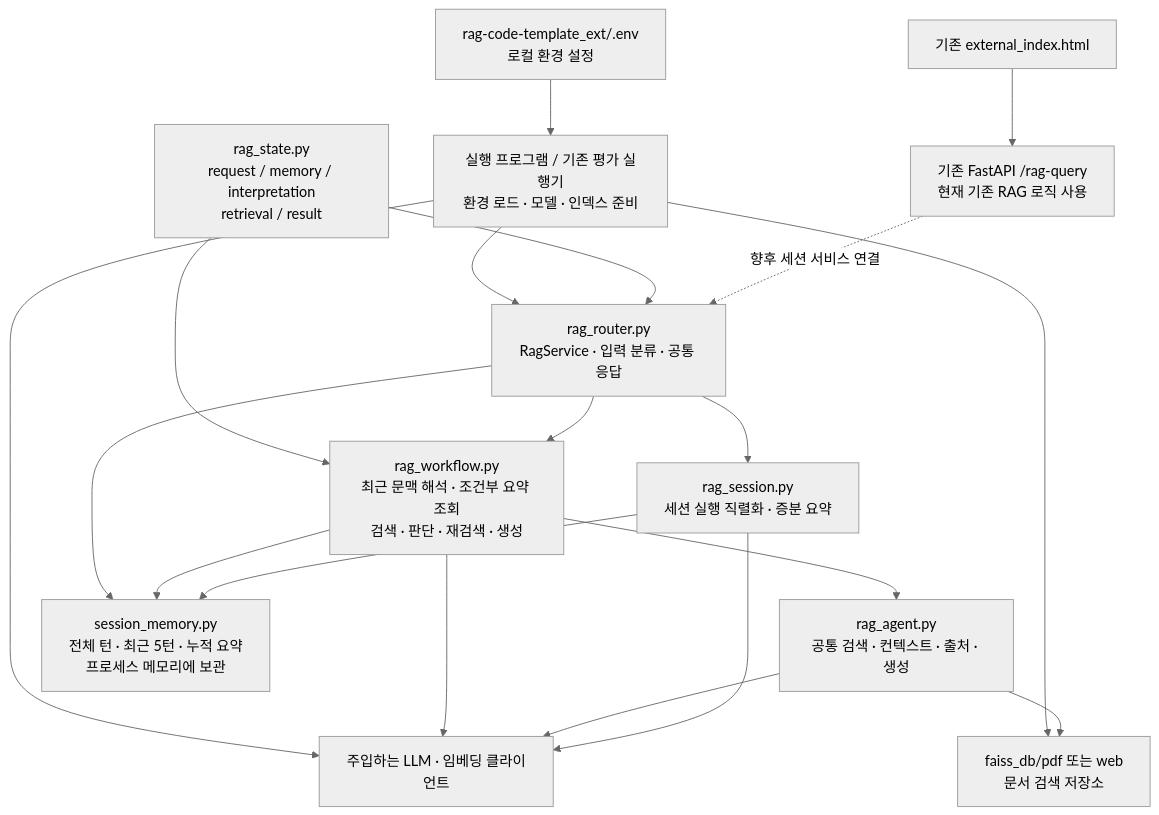
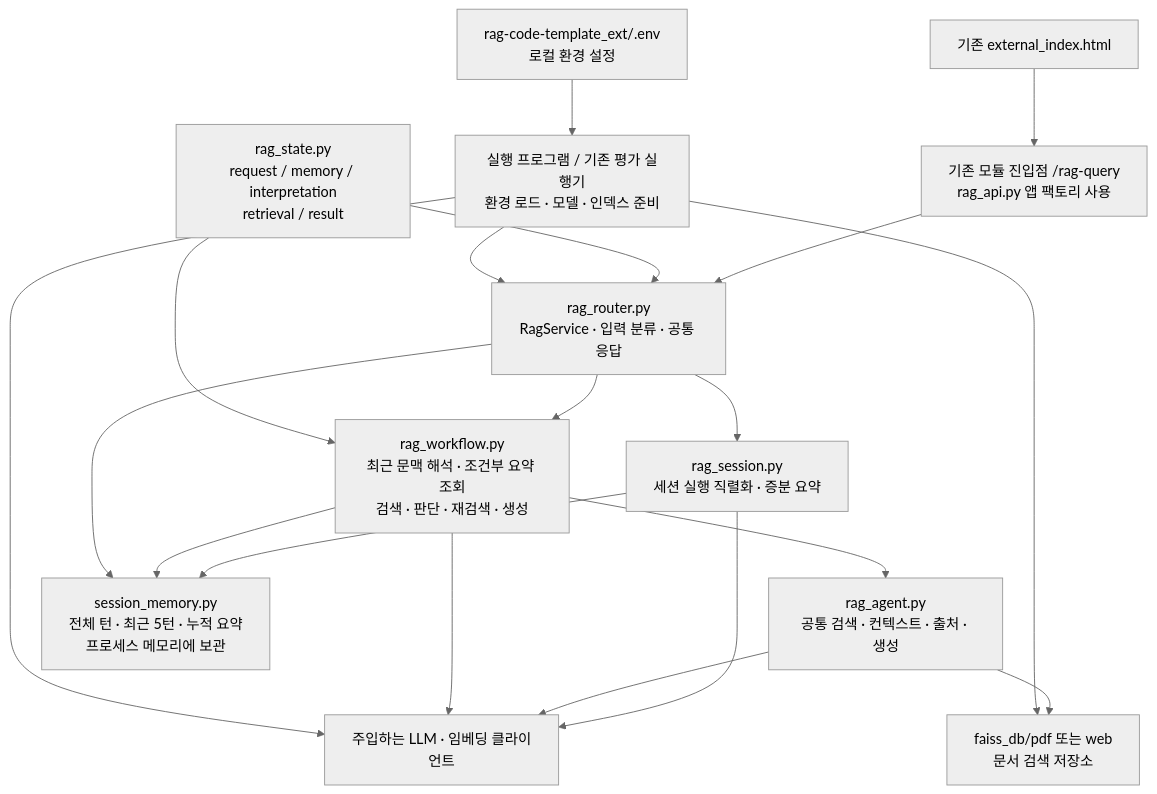
The diagram in rag-code-template_ext/프로젝트 구조.md (chanmi05/Skala-mini-project), drawn with Mermaid (neutral theme) before and after one commit. The commit also changed other lines of this file and 71 other files, not shown here.

````diff
--- a/rag-code-template_ext/프로젝트 구조.md
+++ b/rag-code-template_ext/프로젝트 구조.md
@@ -95,34 +106,34 @@
 ```mermaid
 flowchart TD
     ENV["rag-code-template_ext/.env<br/>로컬 환경 설정"]
     RUNNER["실행 프로그램 / 기존 평가 실행기<br/>환경 로드 · 모델 · 인덱스 준비"]
     MODEL["주입하는 LLM · 임베딩 클라이언트"]
     INDEX["faiss_db/pdf 또는 web<br/>문서 검색 저장소"]
     ROUTER["rag_router.py<br/>RagService · 입력 분류 · 공통 응답"]
     STATE["rag_state.py<br/>request / memory / interpretation<br/>retrieval / result"]
     GRAPH["rag_workflow.py<br/>최근 문맥 해석 · 조건부 요약 조회<br/>검색 · 판단 · 재검색 · 생성"]
     AGENT["rag_agent.py<br/>공통 검색 · 컨텍스트 · 출처 · 생성"]
     SESSION["rag_session.py<br/>세션 실행 직렬화 · 증분 요약"]
     MEMORY["session_memory.py<br/>전체 턴 · 최근 5턴 · 누적 요약<br/>프로세스 메모리에 보관"]
-    API["기존 FastAPI /rag-query<br/>현재 기존 RAG 로직 사용"]
+    API["기존 모듈 진입점 /rag-query<br/>rag_api.py 앱 팩토리 사용"]
     UI["기존 external_index.html"]
 
     ENV --> RUNNER
     RUNNER --> MODEL
     RUNNER --> INDEX
     RUNNER --> ROUTER
     STATE --> ROUTER
     STATE --> GRAPH
     ROUTER --> GRAPH
     GRAPH --> AGENT
     AGENT --> INDEX
     GRAPH --> MODEL
     AGENT --> MODEL
     ROUTER --> SESSION
     ROUTER --> MEMORY
     GRAPH --> MEMORY
     SESSION --> MEMORY
     SESSION --> MODEL
     UI --> API
-    API -.->|"향후 세션 서비스 연결"| ROUTER
+    API --> ROUTER
 ```
````
